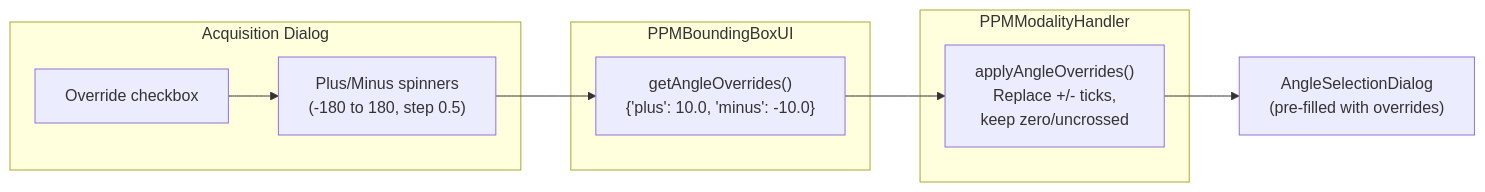
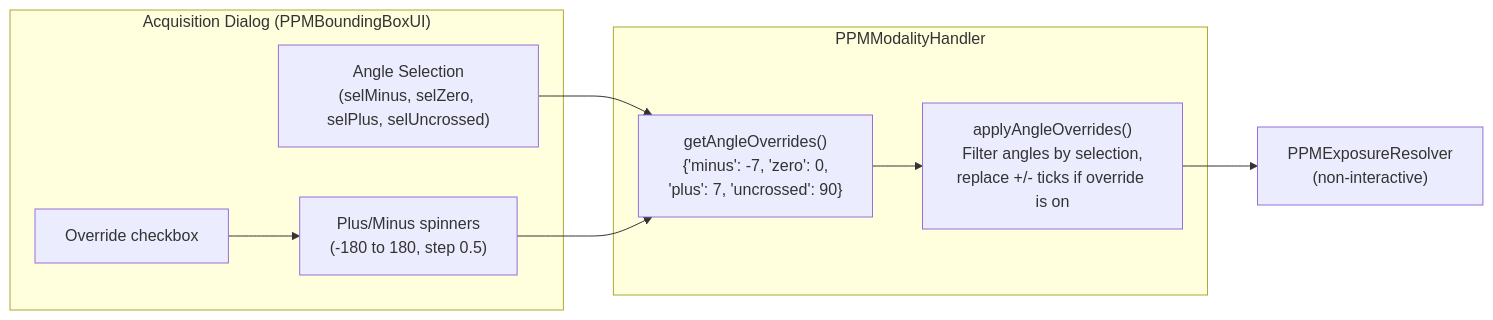
Before and after one commit to uw-loci/qupath-extension-qpsc: the fourth of 5 diagrams in documentation/developer/PPM_MODALITY.md, drawn with Mermaid. The commit also changed other lines of this file and 8 other files, not shown here.

````diff
--- a/documentation/developer/PPM_MODALITY.md
+++ b/documentation/developer/PPM_MODALITY.md
@@ -214,16 +207,18 @@
 ```mermaid
 graph LR
-    subgraph "Acquisition Dialog"
-        CB["Override checkbox"] --> SP["Plus/Minus spinners<br/>(-180 to 180, step 0.5)"]
+    subgraph "Acquisition Dialog (PPMBoundingBoxUI)"
+        SEL["Angle Selection<br/>(selMinus, selZero, selPlus, selUncrossed)"]
+        CB["Override checkbox"]
+        SP["Plus/Minus spinners<br/>(-180 to 180, step 0.5)"]
+        CB --> SP
     end
 
-    subgraph "PPMBoundingBoxUI"
-        SP --> GO["getAngleOverrides()<br/>{'plus': 10.0, 'minus': -10.0}"]
+    SEL --> GO["getAngleOverrides()<br/>{'minus': -7, 'zero': 0,<br/>'plus': 7, 'uncrossed': 90}"]
+    SP --> GO
+
+    subgraph "PPMModalityHandler"
+        GO --> AAO["applyAngleOverrides()<br/>Filter angles by selection,<br/>replace +/- ticks if override is on"]
     end
 
-    subgraph "PPMModalityHandler"
-        GO --> AAO["applyAngleOverrides()<br/>Replace +/- ticks,<br/>keep zero/uncrossed"]
-    end
-
-    AAO --> DLG["AngleSelectionDialog<br/>(pre-filled with overrides)"]
+    AAO --> RES["PPMExposureResolver<br/>(non-interactive)"]
 ```
````
